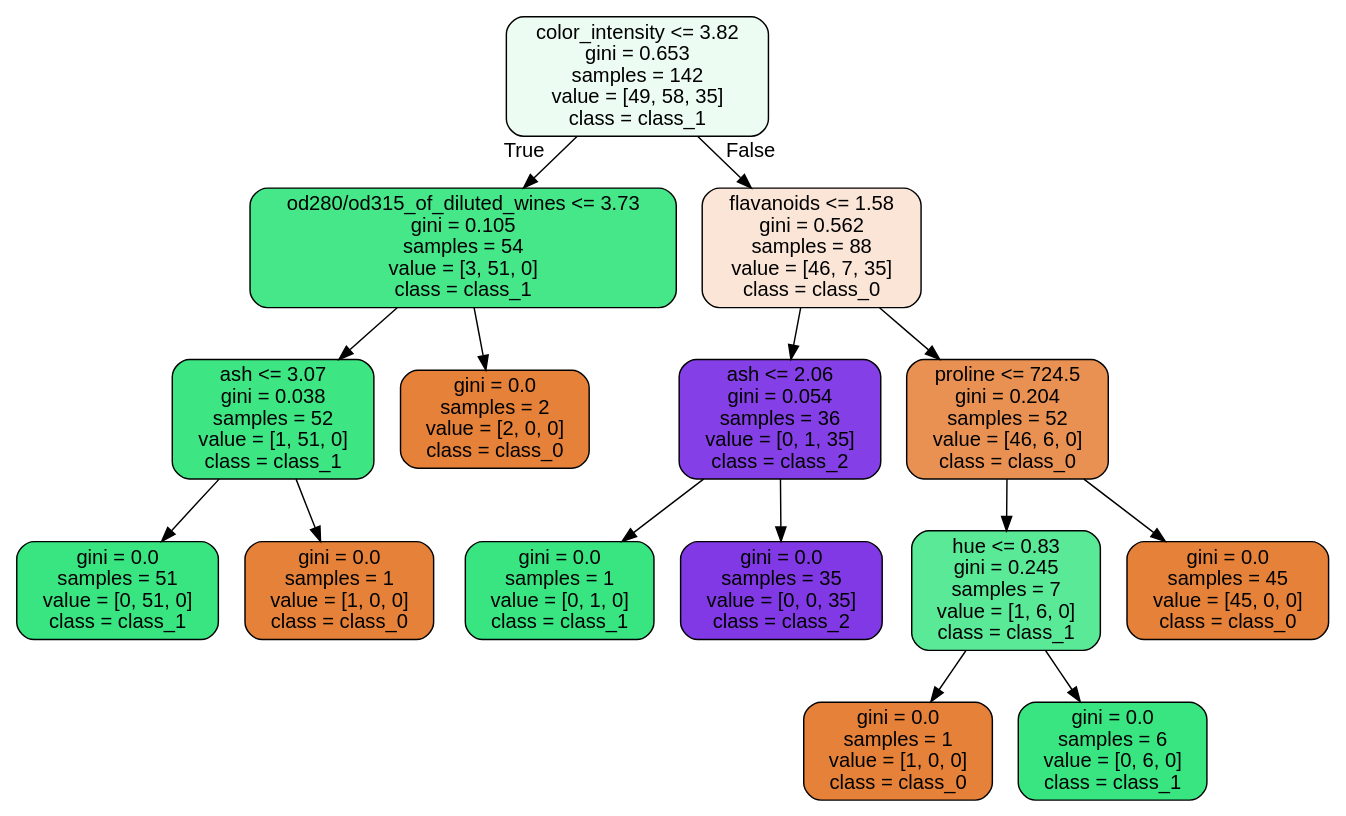
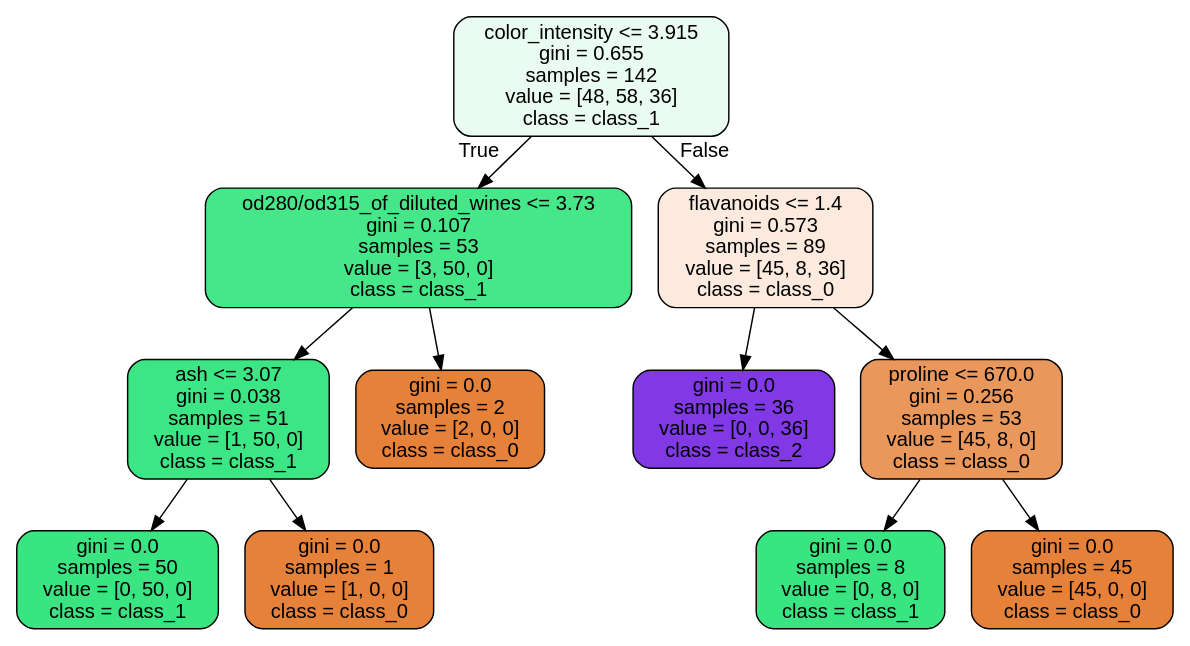
The diagram in images/decision_trees/wine_tree_train.dot (JoseDeJesusMendozaBecerril/Practica4_MineriaDeDatos), drawn with Graphviz before and after one commit. The commit also changed 8 other files, not shown here.

```diff
--- a/images/decision_trees/wine_tree_train.dot
+++ b/images/decision_trees/wine_tree_train.dot
@@ -1,33 +1,25 @@
 digraph Tree {
 node [shape=box, style="filled, rounded", color="black", fontname=helvetica] ;
 edge [fontname=helvetica] ;
-0 [label="color_intensity <= 3.82\ngini = 0.653\nsamples = 142\nvalue = [49, 58, 35]\nclass = class_1", fillcolor="#ecfcf3"] ;
-1 [label="od280/od315_of_diluted_wines <= 3.73\ngini = 0.105\nsamples = 54\nvalue = [3, 51, 0]\nclass = class_1", fillcolor="#45e788"] ;
+0 [label="color_intensity <= 3.915\ngini = 0.655\nsamples = 142\nvalue = [48, 58, 36]\nclass = class_1", fillcolor="#eafcf2"] ;
+1 [label="od280/od315_of_diluted_wines <= 3.73\ngini = 0.107\nsamples = 53\nvalue = [3, 50, 0]\nclass = class_1", fillcolor="#45e789"] ;
 0 -> 1 [labeldistance=2.5, labelangle=45, headlabel="True"] ;
-2 [label="ash <= 3.07\ngini = 0.038\nsamples = 52\nvalue = [1, 51, 0]\nclass = class_1", fillcolor="#3de683"] ;
+2 [label="ash <= 3.07\ngini = 0.038\nsamples = 51\nvalue = [1, 50, 0]\nclass = class_1", fillcolor="#3de684"] ;
 1 -> 2 ;
-3 [label="gini = 0.0\nsamples = 51\nvalue = [0, 51, 0]\nclass = class_1", fillcolor="#39e581"] ;
+3 [label="gini = 0.0\nsamples = 50\nvalue = [0, 50, 0]\nclass = class_1", fillcolor="#39e581"] ;
 2 -> 3 ;
 4 [label="gini = 0.0\nsamples = 1\nvalue = [1, 0, 0]\nclass = class_0", fillcolor="#e58139"] ;
 2 -> 4 ;
 5 [label="gini = 0.0\nsamples = 2\nvalue = [2, 0, 0]\nclass = class_0", fillcolor="#e58139"] ;
 1 -> 5 ;
-6 [label="flavanoids <= 1.58\ngini = 0.562\nsamples = 88\nvalue = [46, 7, 35]\nclass = class_0", fillcolor="#fae5d6"] ;
+6 [label="flavanoids <= 1.4\ngini = 0.573\nsamples = 89\nvalue = [45, 8, 36]\nclass = class_0", fillcolor="#fbeadd"] ;
 0 -> 6 [labeldistance=2.5, labelangle=-45, headlabel="False"] ;
-7 [label="ash <= 2.06\ngini = 0.054\nsamples = 36\nvalue = [0, 1, 35]\nclass = class_2", fillcolor="#853fe6"] ;
+7 [label="gini = 0.0\nsamples = 36\nvalue = [0, 0, 36]\nclass = class_2", fillcolor="#8139e5"] ;
 6 -> 7 ;
-8 [label="gini = 0.0\nsamples = 1\nvalue = [0, 1, 0]\nclass = class_1", fillcolor="#39e581"] ;
-7 -> 8 ;
-9 [label="gini = 0.0\nsamples = 35\nvalue = [0, 0, 35]\nclass = class_2", fillcolor="#8139e5"] ;
-7 -> 9 ;
-10 [label="proline <= 724.5\ngini = 0.204\nsamples = 52\nvalue = [46, 6, 0]\nclass = class_0", fillcolor="#e89153"] ;
-6 -> 10 ;
-11 [label="hue <= 0.83\ngini = 0.245\nsamples = 7\nvalue = [1, 6, 0]\nclass = class_1", fillcolor="#5ae996"] ;
-10 -> 11 ;
-12 [label="gini = 0.0\nsamples = 1\nvalue = [1, 0, 0]\nclass = class_0", fillcolor="#e58139"] ;
-11 -> 12 ;
-13 [label="gini = 0.0\nsamples = 6\nvalue = [0, 6, 0]\nclass = class_1", fillcolor="#39e581"] ;
-11 -> 13 ;
-14 [label="gini = 0.0\nsamples = 45\nvalue = [45, 0, 0]\nclass = class_0", fillcolor="#e58139"] ;
-10 -> 14 ;
+8 [label="proline <= 670.0\ngini = 0.256\nsamples = 53\nvalue = [45, 8, 0]\nclass = class_0", fillcolor="#ea975c"] ;
+6 -> 8 ;
+9 [label="gini = 0.0\nsamples = 8\nvalue = [0, 8, 0]\nclass = class_1", fillcolor="#39e581"] ;
+8 -> 9 ;
+10 [label="gini = 0.0\nsamples = 45\nvalue = [45, 0, 0]\nclass = class_0", fillcolor="#e58139"] ;
+8 -> 10 ;
 }
```
